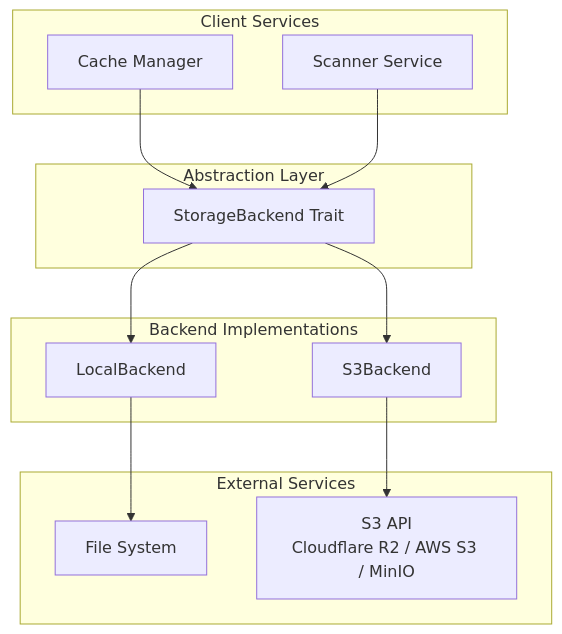
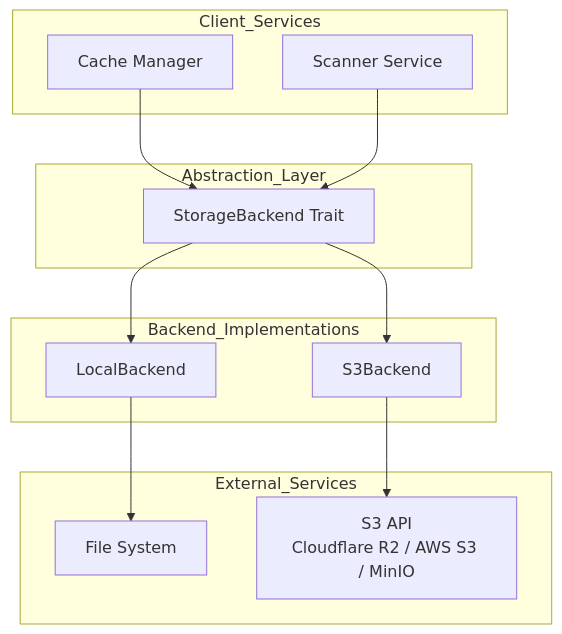
The first of 4 diagrams in crates/storage/docs/architecture.md (Lighty-Launcher/LightyUpdater), drawn with Mermaid before and after one commit. The commit also changed 31 other files, not shown here.

Commit message:
edit mermaid in docs

````diff
--- a/crates/storage/docs/architecture.md
+++ b/crates/storage/docs/architecture.md
@@ -9,30 +9,30 @@
 ```mermaid
 graph TB
-    subgraph "Abstraction Layer"
+    subgraph Abstraction_Layer
         SB[StorageBackend Trait]
     end
 
-    subgraph "Backend Implementations"
+    subgraph Backend_Implementations
         LB[LocalBackend]
         S3B[S3Backend]
     end
 
-    subgraph "External Services"
+    subgraph External_Services
         FS[File System]
         S3API[S3 API<br/>Cloudflare R2 / AWS S3 / MinIO]
     end
 
-    subgraph "Client Services"
+    subgraph Client_Services
         Cache[Cache Manager]
         Scanner[Scanner Service]
     end
 
     SB --> LB
     SB --> S3B
 
     LB --> FS
     S3B --> S3API
 
     Cache --> SB
     Scanner --> SB
 ```
````
